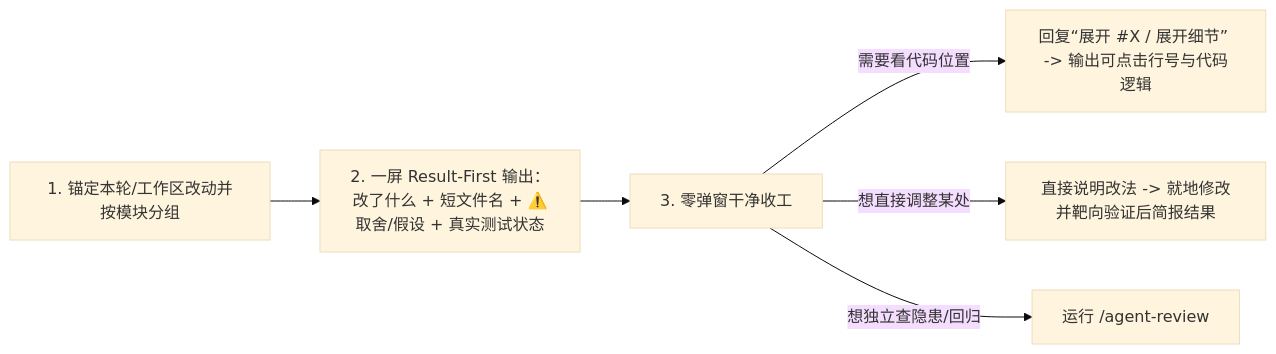
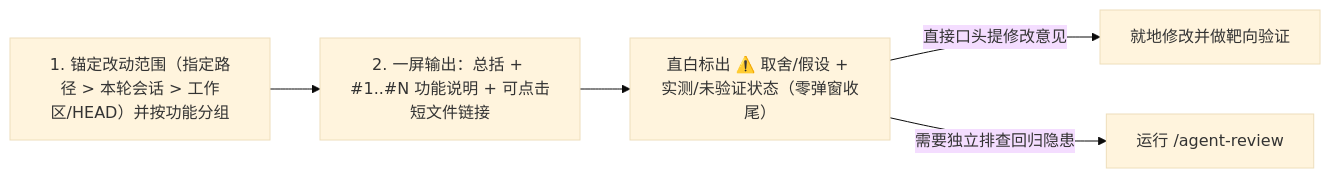
One commit to lastxuanain/ainward-skills changed the diagram in skills/work-report/README.zh-CN.md. Above: the diagram before and after it, drawn with Mermaid (base theme). The commit also changed other lines of this file and 25 other files, not shown here.

````diff
--- a/skills/work-report/README.zh-CN.md
+++ b/skills/work-report/README.zh-CN.md
@@ -27,8 +23,7 @@
 ```mermaid
 flowchart LR
-    A["1. 锚定本轮/工作区改动并按模块分组"] --> B["2. 一屏 Result-First 输出：改了什么 + 短文件名 + ⚠️取舍/假设 + 真实测试状态"]
-    B --> C["3. 零弹窗干净收工"]
-    C -- "需要看代码位置" --> D["回复“展开 #X / 展开细节” -> 输出可点击行号与代码逻辑"]
-    C -- "想直接调整某处" --> E["直接说明改法 -> 就地修改并靶向验证后简报结果"]
-    C -- "想独立查隐患/回归" --> F["运行 /agent-review"]
+    A["1. 锚定改动范围（指定路径 > 本轮会话 > 工作区/HEAD）并按功能分组"] --> B["2. 一屏输出：总括 + #1..#N 功能说明 + 可点击短文件链接"]
+    B --> C["直白标出 ⚠️ 取舍/假设 + 实测/未验证状态（零弹窗收尾）"]
+    C -- "直接口头提修改意见" --> D["就地修改并做靶向验证"]
+    C -- "需要独立排查回归隐患" --> E["运行 /agent-review"]
 ```
````
